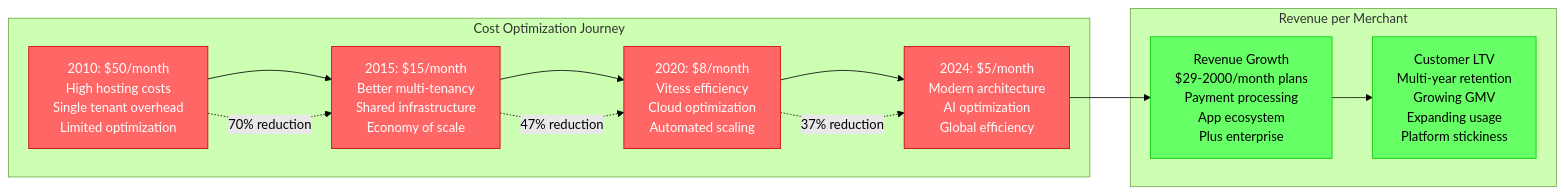
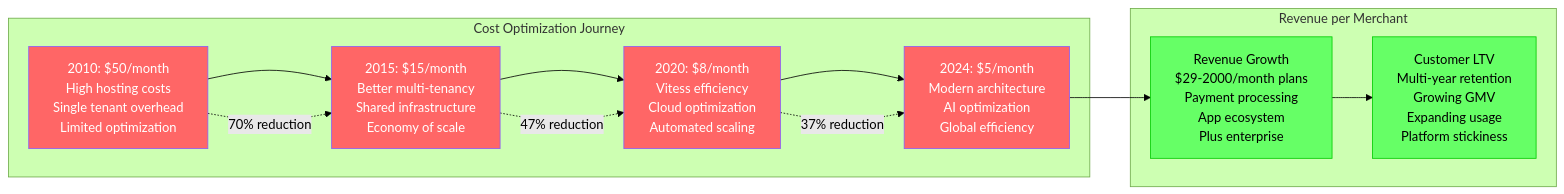
One commit to deepaucksharma/DS changed the eighth of 10 diagrams in site/docs/systems/shopify/scale-evolution.md. Above: the diagram before and after it, drawn with Mermaid (forest theme). The commit also changed other lines of this file and 303 other files, not shown here.

````diff
--- a/site/docs/systems/shopify/scale-evolution.md
+++ b/site/docs/systems/shopify/scale-evolution.md
@@ -373,37 +373,37 @@
 ```mermaid
 graph LR
     subgraph "Cost Optimization Journey"
         COST_2010[2010: $50/month<br/>High hosting costs<br/>Single tenant overhead<br/>Limited optimization]
 
         COST_2015[2015: $15/month<br/>Better multi-tenancy<br/>Shared infrastructure<br/>Economy of scale]
 
         COST_2020[2020: $8/month<br/>Vitess efficiency<br/>Cloud optimization<br/>Automated scaling]
 
         COST_2024[2024: $5/month<br/>Modern architecture<br/>AI optimization<br/>Global efficiency]
 
         COST_2010 --> COST_2015
         COST_2015 --> COST_2020
         COST_2020 --> COST_2024
     end
 
     %% Cost reduction annotations
     COST_2010 -.->|70% reduction| COST_2015
     COST_2015 -.->|47% reduction| COST_2020
     COST_2020 -.->|37% reduction| COST_2024
 
     subgraph "Revenue per Merchant"
         REVENUE_GROWTH[Revenue Growth<br/>$29-2000/month plans<br/>Payment processing<br/>App ecosystem<br/>Plus enterprise]
 
         CUSTOMER_LTV[Customer LTV<br/>Multi-year retention<br/>Growing GMV<br/>Expanding usage<br/>Platform stickiness]
     end
 
     COST_2024 --> REVENUE_GROWTH
     REVENUE_GROWTH --> CUSTOMER_LTV
 
     %% Apply cost/revenue colors
-    classDef costStyle fill:#FF6666,stroke:#CC0000,color:#fff
+    classDef costStyle fill:#FF6666,stroke:#8B5CF6,color:#fff
     classDef revenueStyle fill:#66FF66,stroke:#00CC00,color:#000
 
     class COST_2010,COST_2015,COST_2020,COST_2024 costStyle
     class REVENUE_GROWTH,CUSTOMER_LTV revenueStyle
 ```
````
